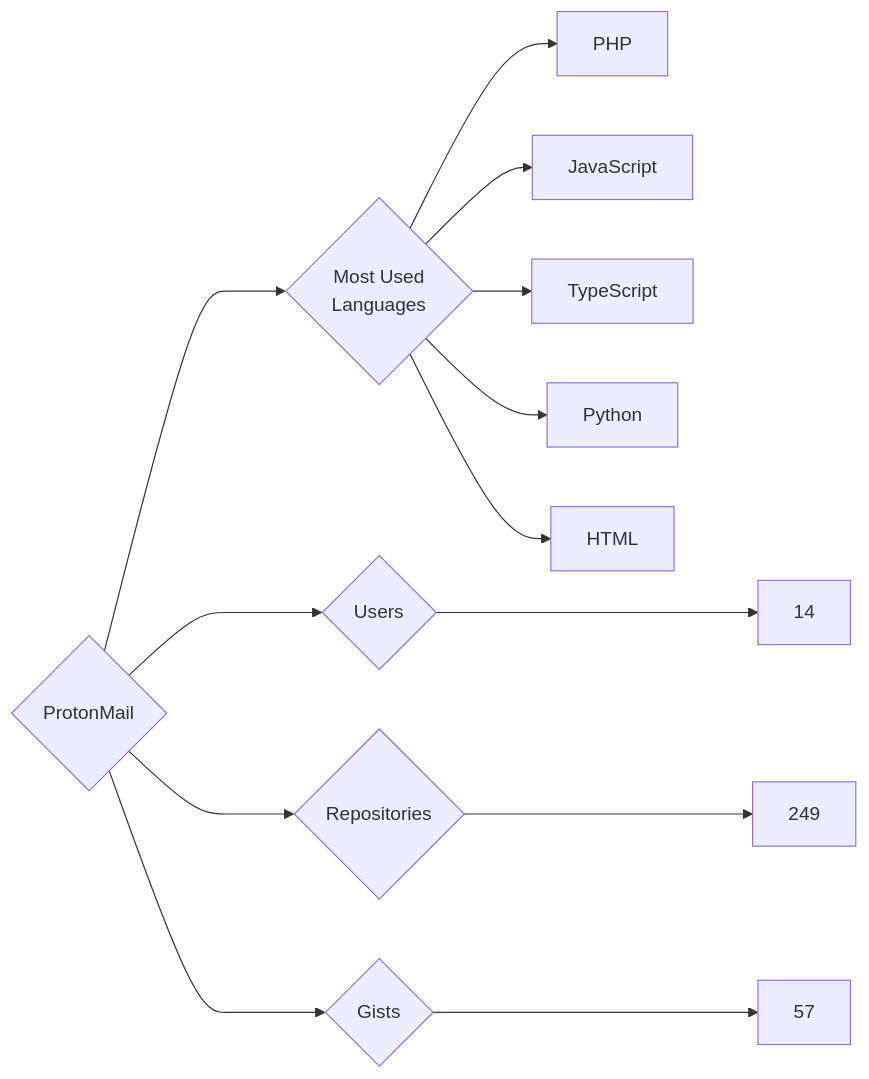
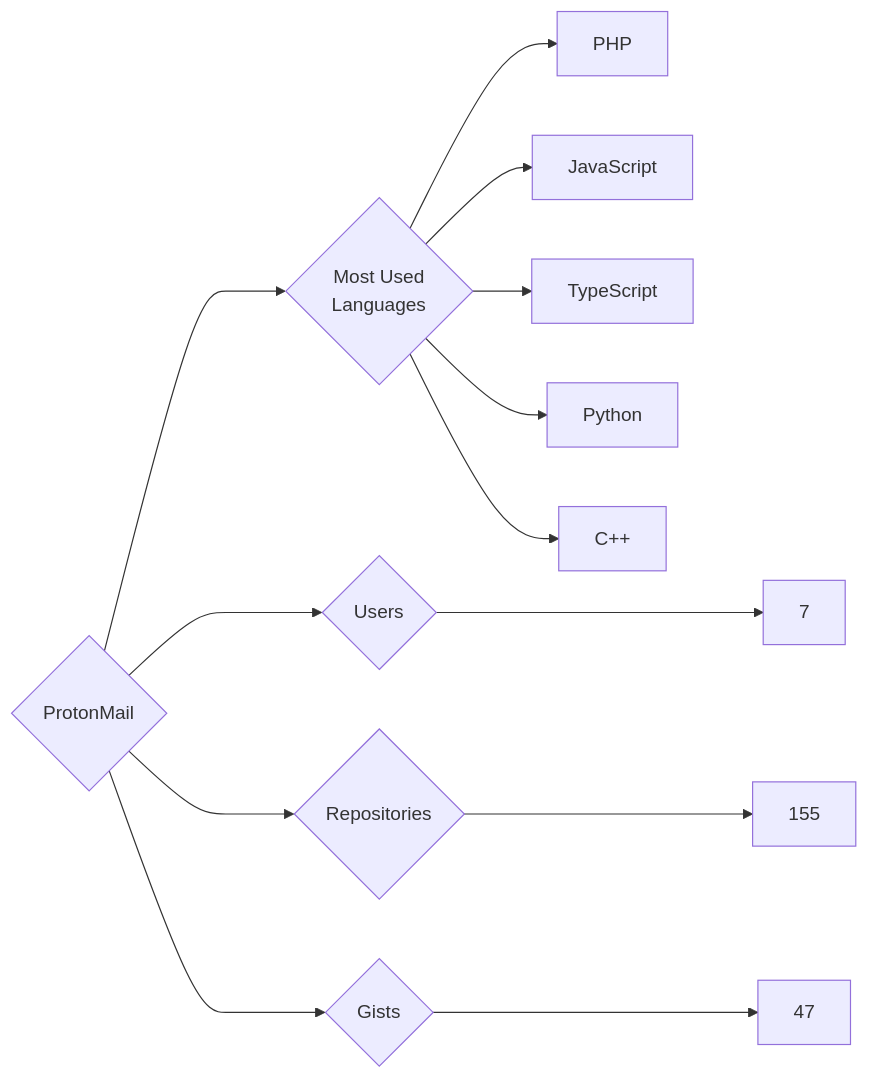
The diagram in targets/ProtonMail/README.md (trickest/insiders), drawn with Mermaid before and after one commit. The commit also changed 969 other files, not shown here.

````diff
--- a/targets/ProtonMail/README.md
+++ b/targets/ProtonMail/README.md
@@ -3,13 +3,13 @@
 ```mermaid
 graph LR
 COMPANY_NAME{ProtonMail}
-COMPANY_NAME ---> U{Users} ---> UN[14]
-COMPANY_NAME ---> R{Repositories} ---> RN[249]
-COMPANY_NAME ---> G{Gists} ---> GN[57]
+COMPANY_NAME ---> U{Users} ---> UN[7]
+COMPANY_NAME ---> R{Repositories} ---> RN[155]
+COMPANY_NAME ---> G{Gists} ---> GN[47]
 COMPANY_NAME ---> ML{Most Used<br>Languages}
 ML --> PHP[PHP]
 ML --> JavaScript[JavaScript]
 ML --> TypeScript[TypeScript]
 ML --> Python[Python]
-ML --> HTML[HTML]
+ML --> C++[C++]
 ```
````
